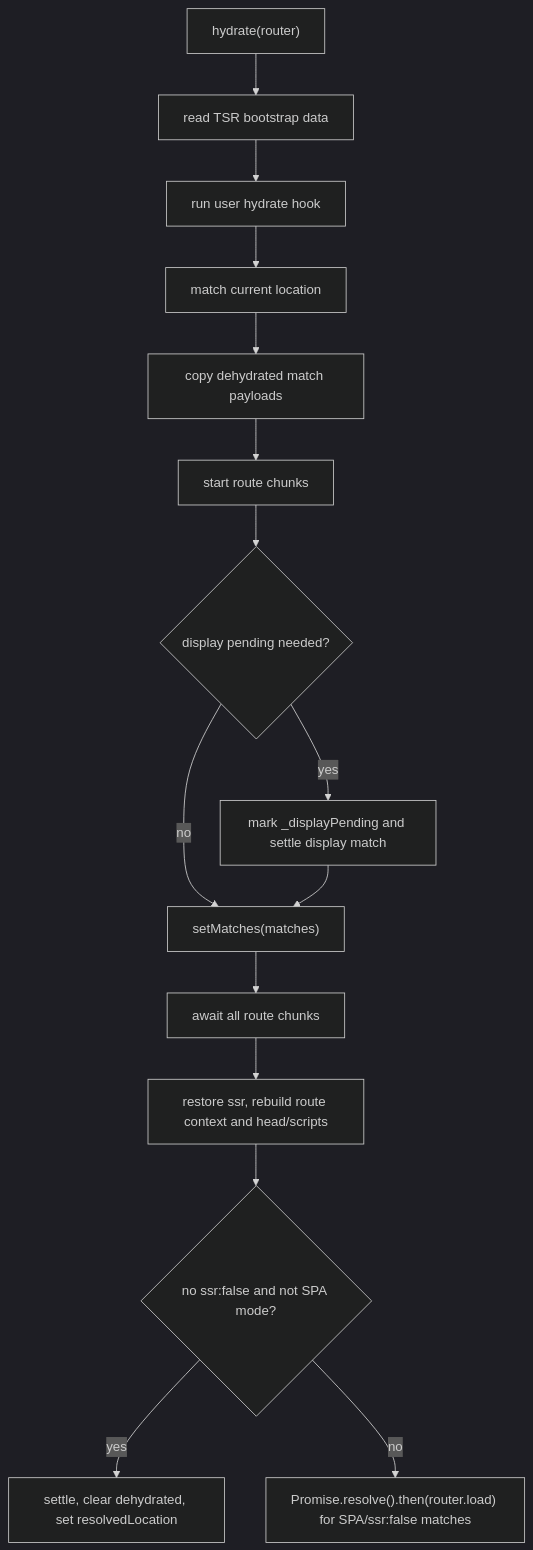
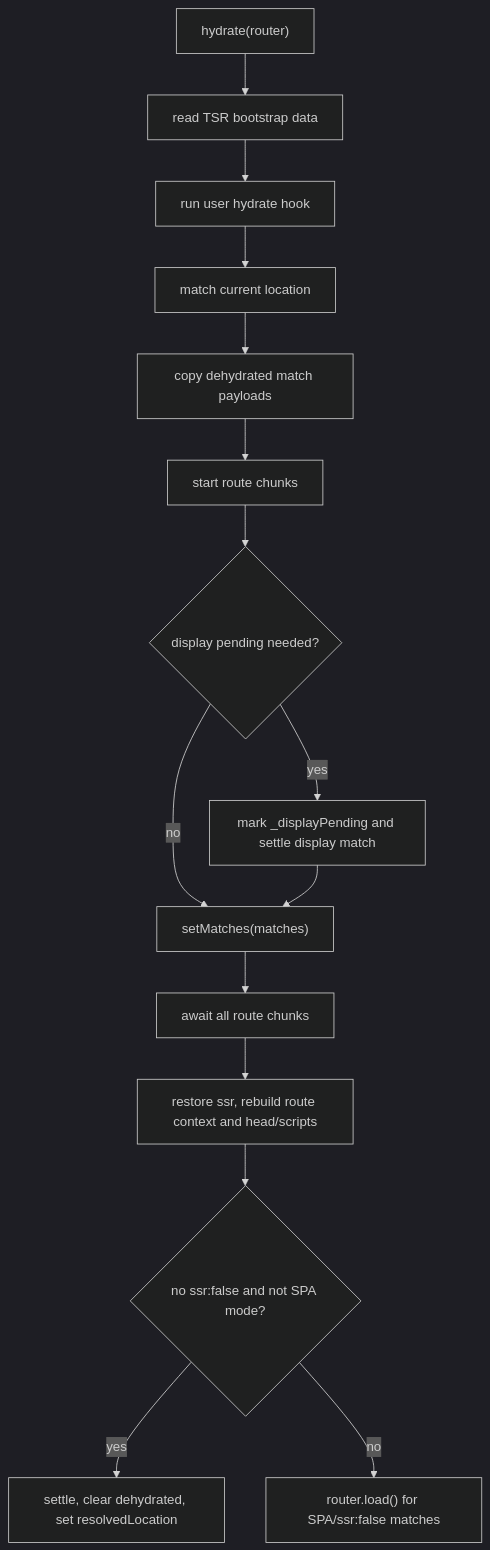
One commit to TanStack/router changed diagram 12 of 12 in packages/router-core/INTERNALS.md. Above: the diagram before and after it, drawn with Mermaid (dark theme). The commit also changed other lines of this file and 14 other files, not shown here.

````diff
--- a/packages/router-core/INTERNALS.md
+++ b/packages/router-core/INTERNALS.md
@@ -1036,17 +1036,17 @@
 ```mermaid
 flowchart TD
   H["hydrate(router)"] --> Data["read TSR bootstrap data"]
   Data --> Hook["run user hydrate hook"]
   Hook --> Match["match current location"]
   Match --> Copy["copy dehydrated match payloads"]
   Copy --> ChunksStarted["start route chunks"]
   ChunksStarted --> Display{"display pending needed?"}
   Display -->|"yes"| Pending["mark _displayPending and settle display match"]
   Display -->|"no"| SetInitial["setMatches(matches)"]
   Pending --> SetInitial
   SetInitial --> Chunks["await all route chunks"]
   Chunks --> Rebuild["restore ssr, rebuild route context and head/scripts"]
   Rebuild --> Full{"no ssr:false and not SPA mode?"}
   Full -->|"yes"| Done["settle, clear dehydrated, set resolvedLocation"]
-  Full -->|"no"| Load["Promise.resolve().then(router.load) for SPA/ssr:false matches"]
+  Full -->|"no"| Load["router.load() for SPA/ssr:false matches"]
 ```
````
